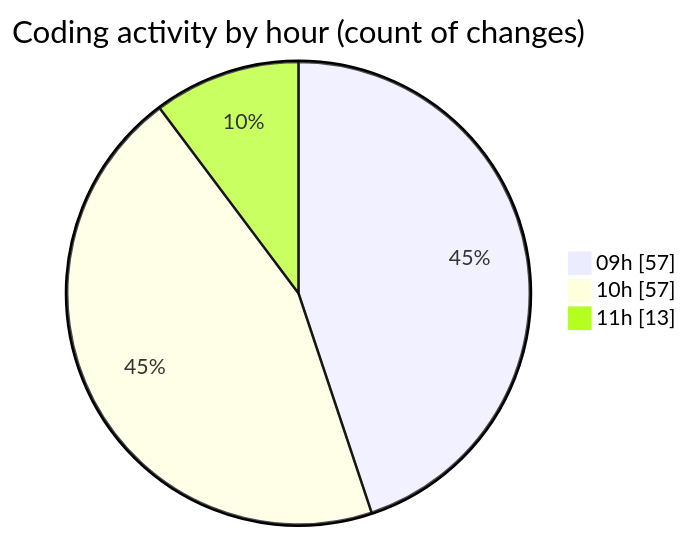
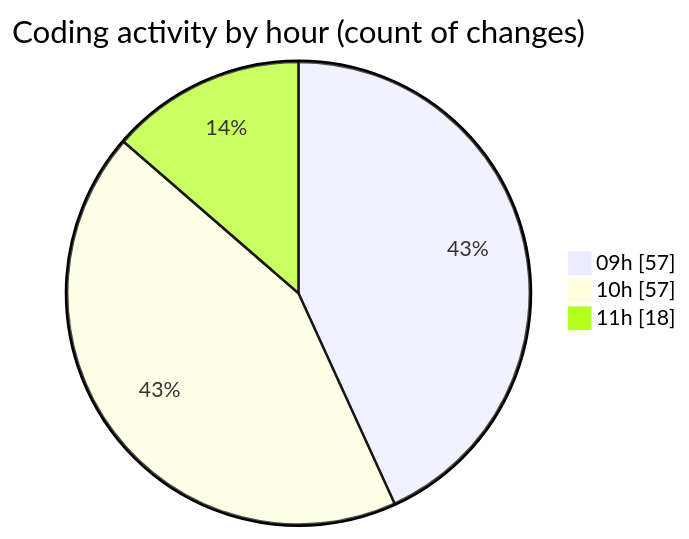
One commit to momahboobian/code-tracking changed the second of 2 diagrams in 2025-09-19/cda/README.md. Above: the diagram before and after it, drawn with Mermaid. The commit also changed other lines of this file and 1 other file, not shown here.

````diff
--- a/2025-09-19/cda/README.md
+++ b/2025-09-19/cda/README.md
@@ -30,7 +30,7 @@
 ```mermaid
 pie showData
 title Coding activity by hour (count of changes)
 "09h" : 57
 "10h" : 57
-"11h" : 13
+"11h" : 18
 ```
````
